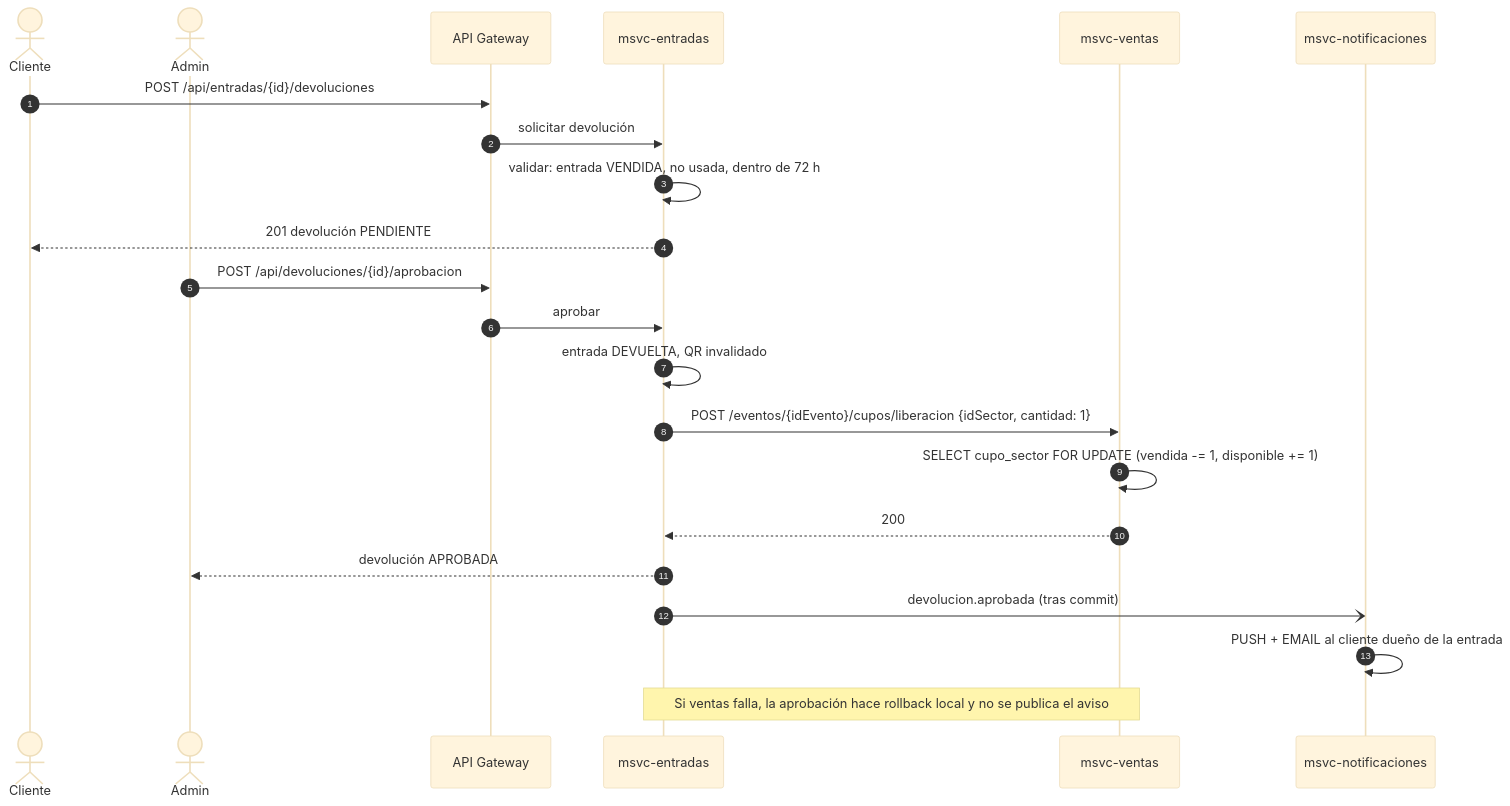
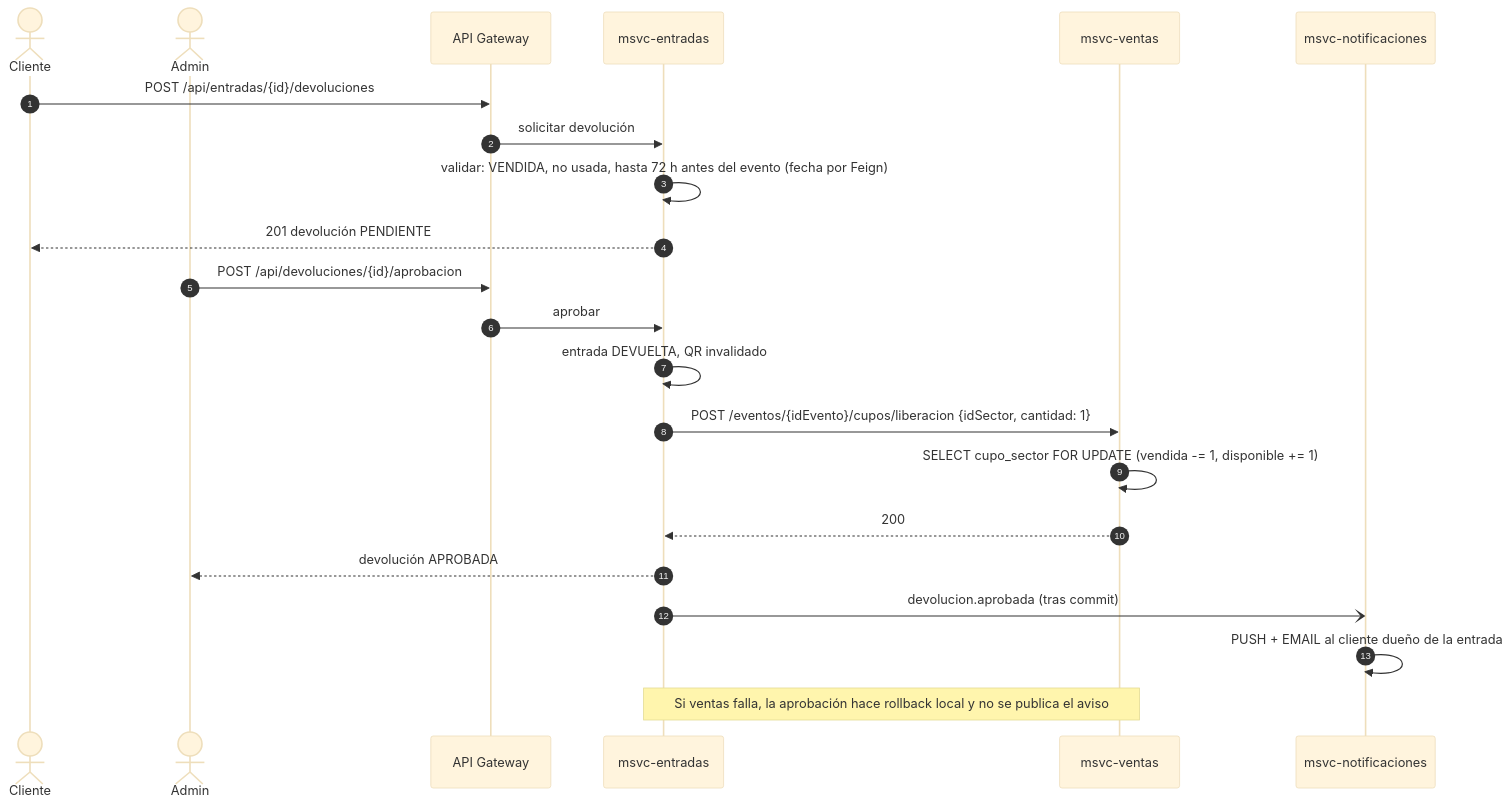
Before and after one commit to florAlar/ticketYa: the fourth of 9 diagrams in Backend/specs/diagramas/diagramas-secuencia.md, drawn with Mermaid (base theme). The commit also changed 15 other files, not shown here.

First line of the commit message:
fix(entradas): devolución hasta 72 h antes del evento

````diff
--- a/Backend/specs/diagramas/diagramas-secuencia.md
+++ b/Backend/specs/diagramas/diagramas-secuencia.md
@@ -129,26 +129,26 @@
 ```mermaid
 sequenceDiagram
     autonumber
     actor C as Cliente
     actor A as Admin
     participant GW as API Gateway
     participant N as msvc-entradas
     participant V as msvc-ventas
     participant NO as msvc-notificaciones
 
     C->>GW: POST /api/entradas/{id}/devoluciones
     GW->>N: solicitar devolución
-    N->>N: validar: entrada VENDIDA, no usada, dentro de 72 h
+    N->>N: validar: VENDIDA, no usada, hasta 72 h antes del evento (fecha por Feign)
     N-->>C: 201 devolución PENDIENTE
 
     A->>GW: POST /api/devoluciones/{id}/aprobacion
     GW->>N: aprobar
     N->>N: entrada DEVUELTA, QR invalidado
     N->>V: POST /eventos/{idEvento}/cupos/liberacion {idSector, cantidad: 1}
     V->>V: SELECT cupo_sector FOR UPDATE (vendida -= 1, disponible += 1)
     V-->>N: 200
     N-->>A: devolución APROBADA
     N-)NO: devolucion.aprobada (tras commit)
     NO->>NO: PUSH + EMAIL al cliente dueño de la entrada
     Note over N,V: Si ventas falla, la aprobación hace rollback local y no se publica el aviso
 ```
````
